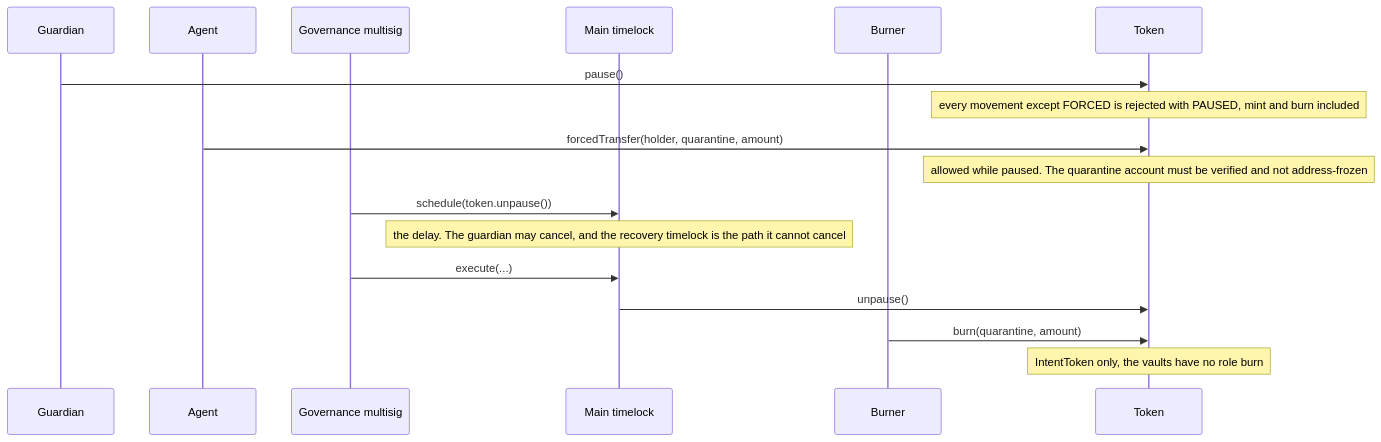
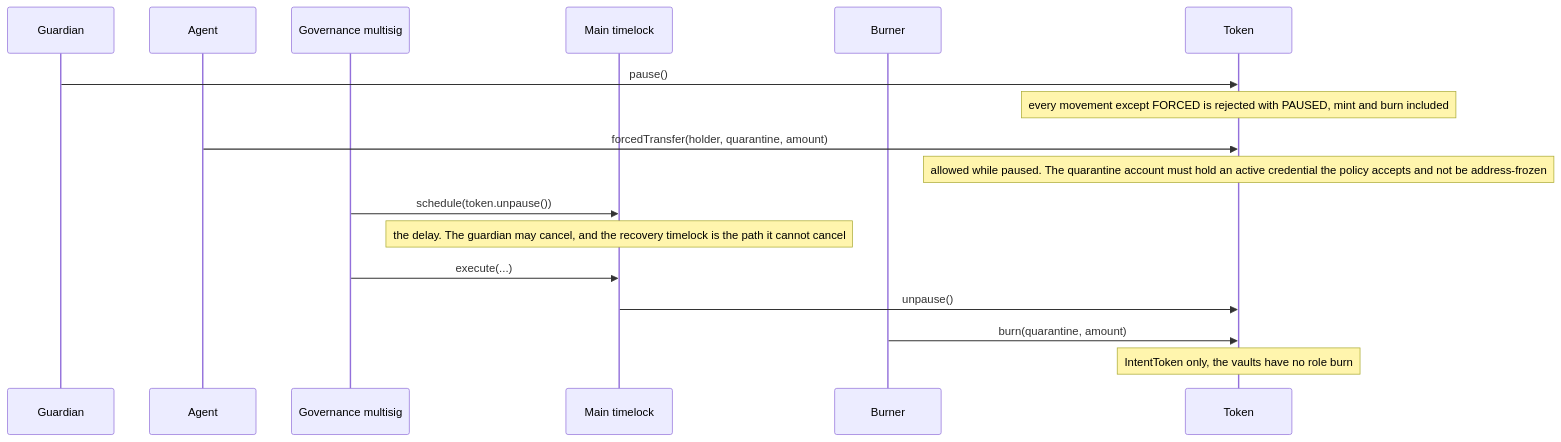
Before and after one commit to fepvenancio/rwa-token: the fourth of 6 diagrams in docs/governance-and-deployment.md, drawn with Mermaid. The commit also changed other lines of this file and 24 other files, not shown here.

````diff
--- a/docs/governance-and-deployment.md
+++ b/docs/governance-and-deployment.md
@@ -274,19 +279,19 @@
 ```mermaid
 sequenceDiagram
   participant G as Guardian
   participant A as Agent
   participant Gov as Governance multisig
   participant TL as Main timelock
   participant B as Burner
   participant T as Token
   G->>T: pause()
   Note over T: every movement except FORCED is rejected with PAUSED, mint and burn included
   A->>T: forcedTransfer(holder, quarantine, amount)
-  Note over T: allowed while paused. The quarantine account must be verified and not address-frozen
+  Note over T: allowed while paused. The quarantine account must hold an active credential the policy accepts and not be address-frozen
   Gov->>TL: schedule(token.unpause())
   Note over TL: the delay. The guardian may cancel, and the recovery timelock is the path it cannot cancel
   Gov->>TL: execute(...)
   TL->>T: unpause()
   B->>T: burn(quarantine, amount)
   Note over T: IntentToken only, the vaults have no role burn
 ```
````
